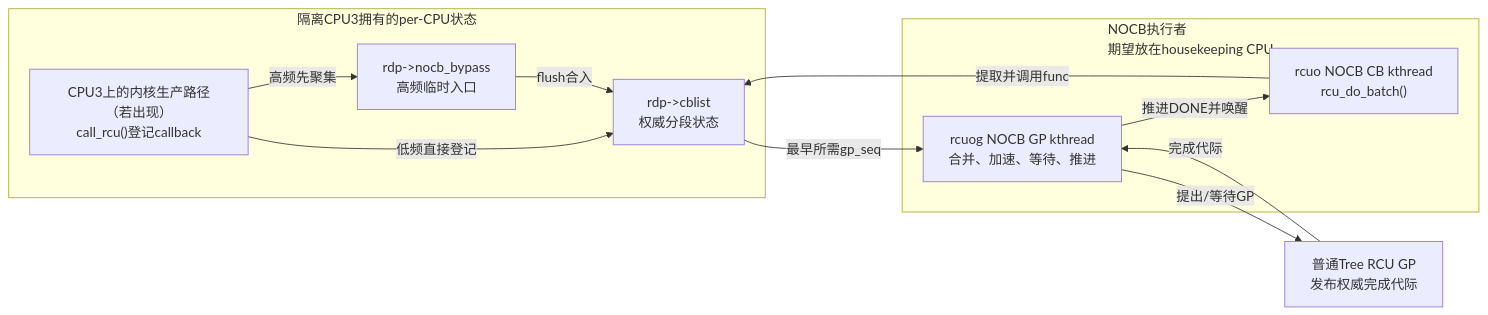
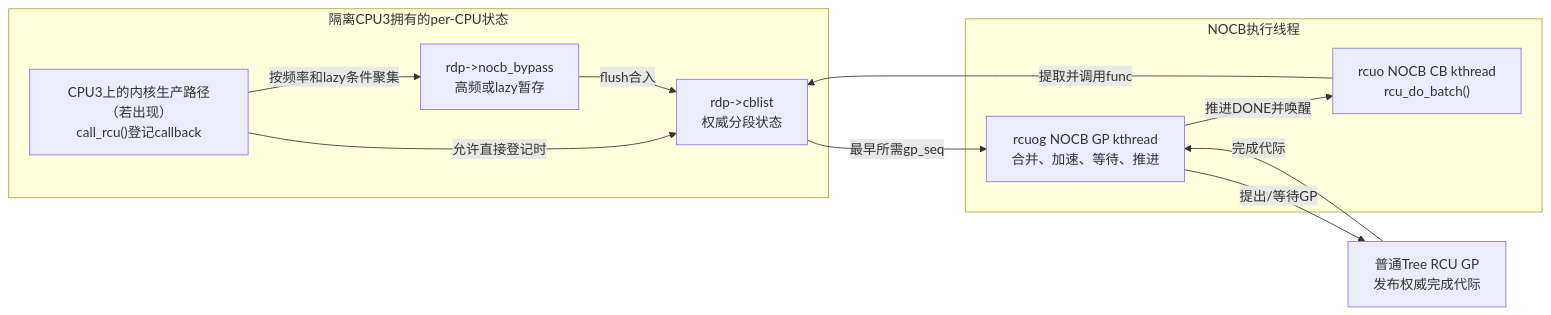
One commit to FormingSystem/linux_note changed the third of 4 diagrams in knowledge/linux/synchronization_and_asynchrony/synchronization/rcu/P16_Tree_RCU_NOCB回调卸载.md. Above: the diagram before and after it, drawn with Mermaid. The commit also changed other lines of this file and 2 other files, not shown here.

First line of the commit message:
content(rcu/nocb): 补齐卸载状态与隔离部署边界

````diff
--- a/knowledge/linux/synchronization_and_asynchrony/synchronization/rcu/P16_Tree_RCU_NOCB回调卸载.md
+++ b/knowledge/linux/synchronization_and_asynchrony/synchronization/rcu/P16_Tree_RCU_NOCB回调卸载.md
@@ -187,22 +195,22 @@
 ```mermaid
 flowchart LR
     subgraph I["隔离CPU3拥有的per-CPU状态"]
         P["CPU3上的内核生产路径（若出现）<br/>call_rcu()登记callback"]
-        B["rdp->nocb_bypass<br/>高频临时入口"]
+        B["rdp->nocb_bypass<br/>高频或lazy暂存"]
         C["rdp->cblist<br/>权威分段状态"]
     end
-    subgraph H["NOCB执行者<br/>期望放在housekeeping CPU"]
+    subgraph H["NOCB执行线程"]
         G["rcuog NOCB GP kthread<br/>合并、加速、等待、推进"]
         X["rcuo NOCB CB kthread<br/>rcu_do_batch()"]
     end
     GP["普通Tree RCU GP<br/>发布权威完成代际"]
 
-    P -->|"高频先聚集"| B
-    P -->|"低频直接登记"| C
+    P -->|"按频率和lazy条件聚集"| B
+    P -->|"允许直接登记时"| C
     B -->|"flush合入"| C
     C -->|"最早所需gp_seq"| G
     G -->|"提出/等待GP"| GP
     GP -->|"完成代际"| G
     G -->|"推进DONE并唤醒"| X
     X -->|"提取并调用func"| C
 ```
````
